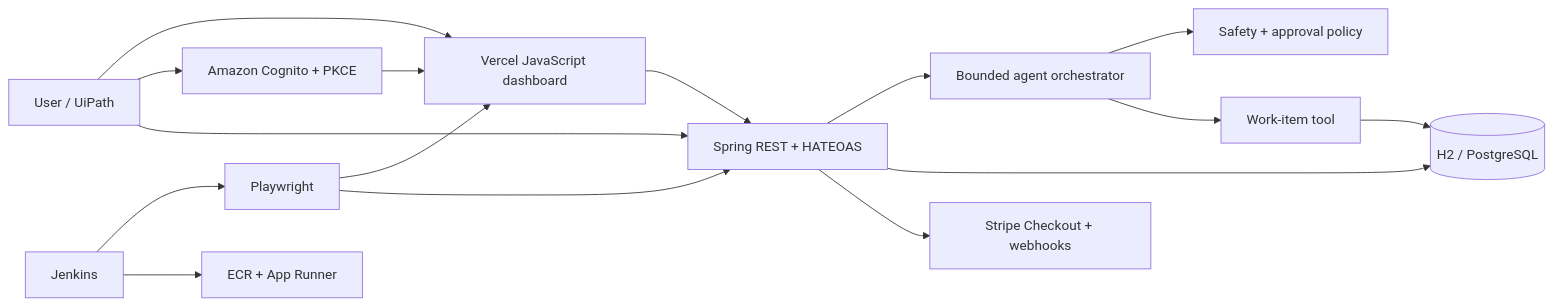
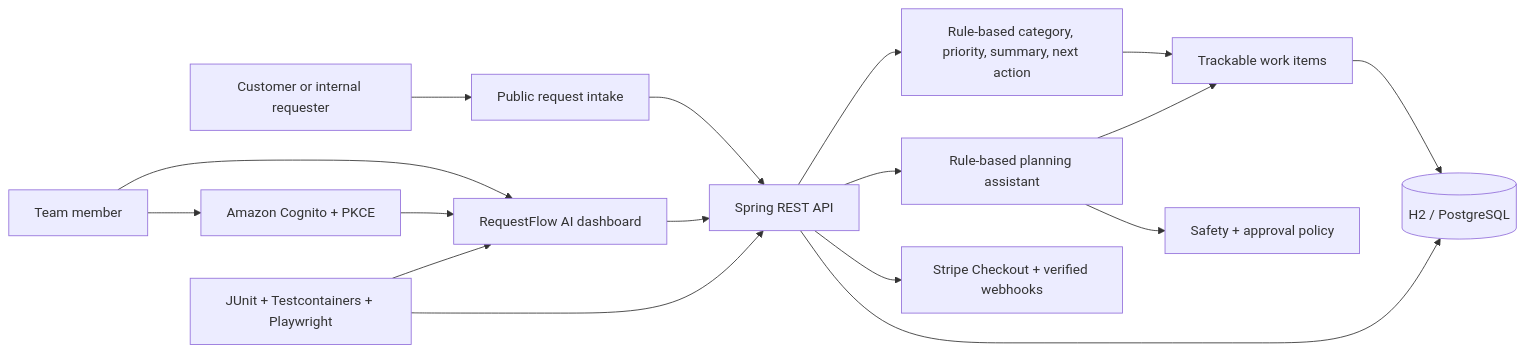
One commit to jmmmdv/RequestFlowAI changed the diagram in README.md. Above: the diagram before and after it, drawn with Mermaid. The commit also changed other lines of this file and 40 other files, not shown here.

Commit message:
Build RequestFlow AI SaaS MVP foundation

````diff
--- a/README.md
+++ b/README.md
@@ -157,18 +165,19 @@
 ```mermaid
 flowchart LR
-  User["User / UiPath"] --> UI["Vercel JavaScript dashboard"]
-  User --> Cognito["Amazon Cognito + PKCE"]
+  Customer["Customer or internal requester"] --> Intake["Public request intake"]
+  Intake --> API["Spring REST API"]
+  API --> Triage["Rule-based category, priority, summary, next action"]
+  Triage --> Work["Trackable work items"]
+  Team["Team member"] --> UI["RequestFlow AI dashboard"]
+  Team --> Cognito["Amazon Cognito + PKCE"]
   Cognito --> UI
-  UI --> API["Spring REST + HATEOAS"]
-  User --> API
-  API --> Agent["Bounded agent orchestrator"]
-  Agent --> Policy["Safety + approval policy"]
-  Agent --> Tool["Work-item tool"]
-  Tool --> DB[("H2 / PostgreSQL")]
+  UI --> API
+  API --> Assistant["Rule-based planning assistant"]
+  Assistant --> Policy["Safety + approval policy"]
+  Assistant --> Work
+  Work --> DB[("H2 / PostgreSQL")]
   API --> DB
-  API --> Stripe["Stripe Checkout + webhooks"]
-  PW["Playwright"] --> UI
-  PW --> API
-  Jenkins["Jenkins"] --> PW
-  Jenkins --> AWS["ECR + App Runner"]
+  API --> Stripe["Stripe Checkout + verified webhooks"]
+  Tests["JUnit + Testcontainers + Playwright"] --> API
+  Tests --> UI
 ```
````
